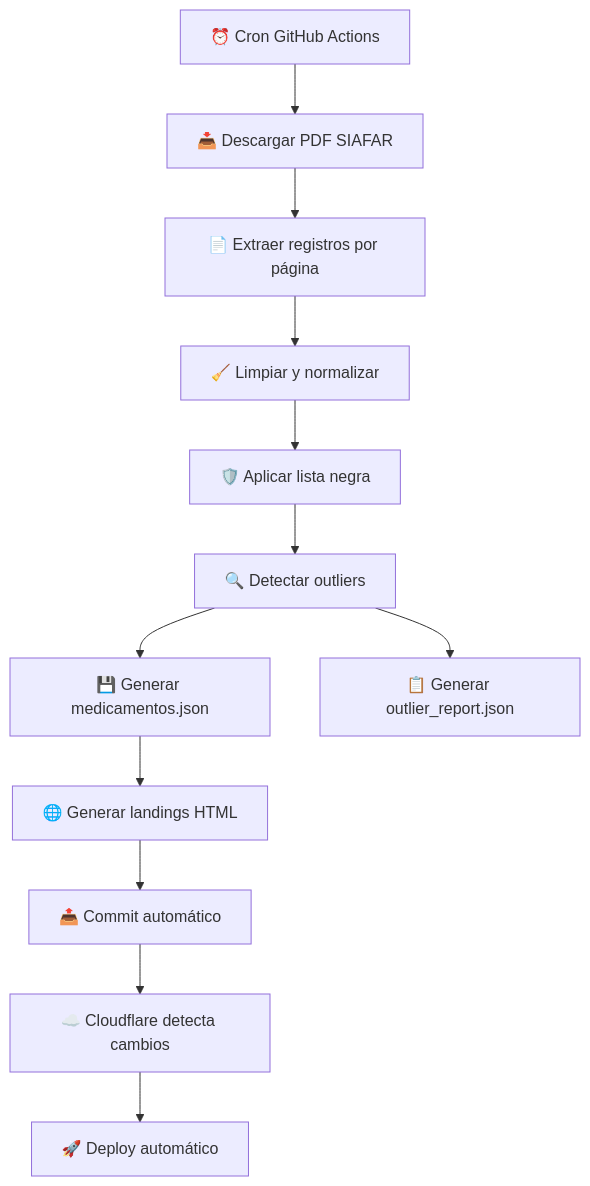
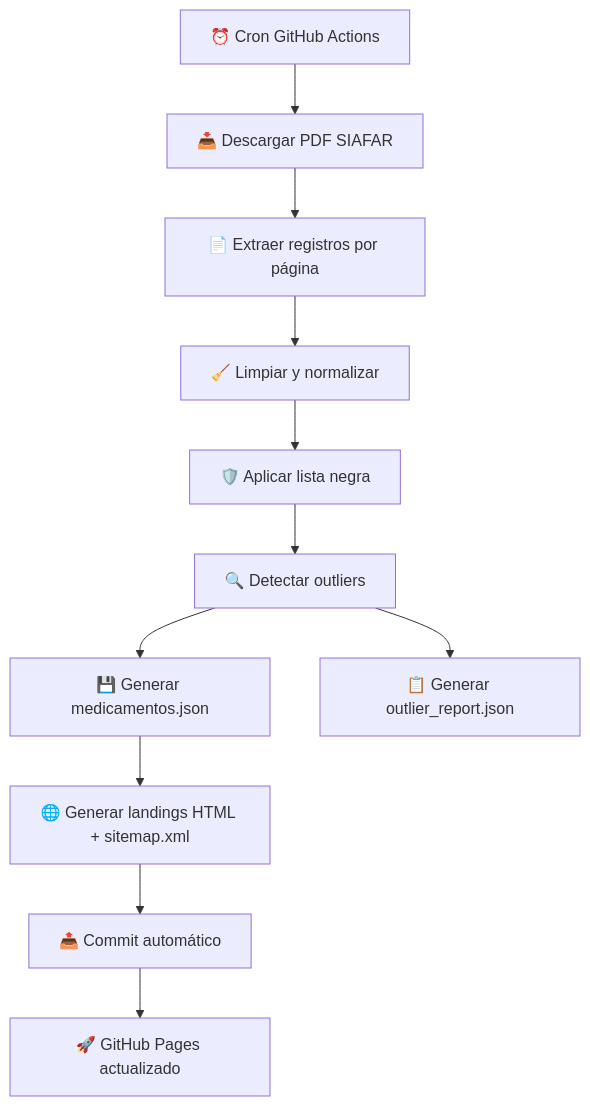
The second of 8 diagrams in README.md (psbella/remediar), drawn with Mermaid before and after one commit. The commit also changed other lines of this file, not shown here.

````diff
--- a/README.md
+++ b/README.md
@@ -351,28 +351,26 @@
 ```mermaid
 flowchart TD
 
     A[⏰ Cron GitHub Actions]
     B[📥 Descargar PDF SIAFAR]
     C[📄 Extraer registros por página]
     D[🧹 Limpiar y normalizar]
     BL[🛡️ Aplicar lista negra]
     E[🔍 Detectar outliers]
     F[💾 Generar medicamentos.json]
     R[📋 Generar outlier_report.json]
-    G[🌐 Generar landings HTML]
+    G[🌐 Generar landings HTML + sitemap.xml]
     H[📤 Commit automático]
-    I[☁️ Cloudflare detecta cambios]
-    J[🚀 Deploy automático]
+    I[🚀 GitHub Pages actualizado]
 
     A --> B
     B --> C
     C --> D
     D --> BL
     BL --> E
     E --> F
     E --> R
     F --> G
     G --> H
     H --> I
-    I --> J
 ```
````
